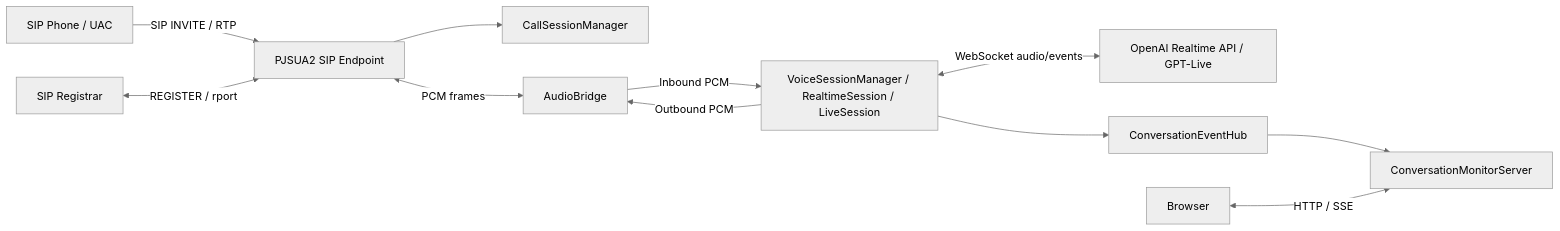
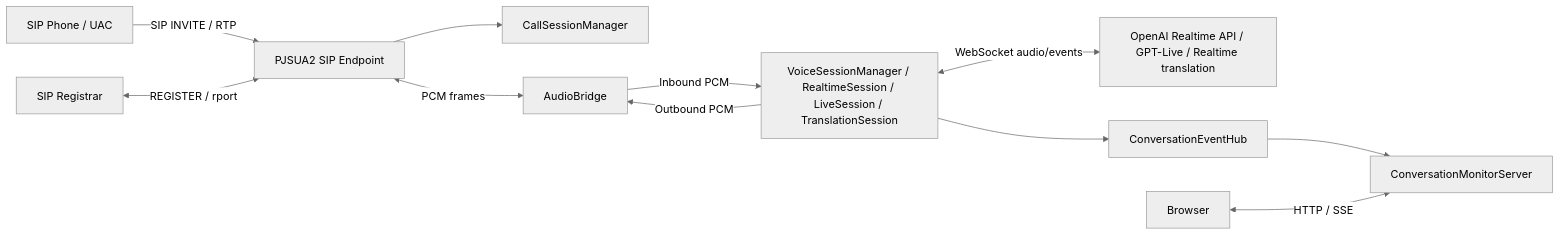
One commit to keimei-yoritaka/telephony-openai-gw changed the diagram in docs/system-design.md. Above: the diagram before and after it, drawn with Mermaid (neutral theme). The commit also changed other lines of this file and 23 other files, not shown here.

````diff
--- a/docs/system-design.md
+++ b/docs/system-design.md
@@ -49,13 +50,13 @@
 ```mermaid
 flowchart LR
   Phone["SIP Phone / UAC"] -->|"SIP INVITE / RTP"| PJSIP["PJSUA2 SIP Endpoint"]
   Registrar["SIP Registrar"] <-->|"REGISTER / rport"| PJSIP
   PJSIP --> Session["CallSessionManager"]
   PJSIP <-->|"PCM frames"| Audio["AudioBridge"]
-  Audio -->|"Inbound PCM"| Realtime["VoiceSessionManager / RealtimeSession / LiveSession"]
+  Audio -->|"Inbound PCM"| Realtime["VoiceSessionManager / RealtimeSession / LiveSession / TranslationSession"]
   Realtime -->|"Outbound PCM"| Audio
-  Realtime <-->|"WebSocket audio/events"| OpenAI["OpenAI Realtime API / GPT-Live"]
+  Realtime <-->|"WebSocket audio/events"| OpenAI["OpenAI Realtime API / GPT-Live / Realtime translation"]
   Realtime --> MonitorHub["ConversationEventHub"]
   MonitorHub --> Monitor["ConversationMonitorServer"]
   Browser["Browser"] <-->|"HTTP / SSE"| Monitor
 ```
````
